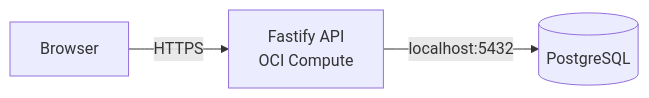
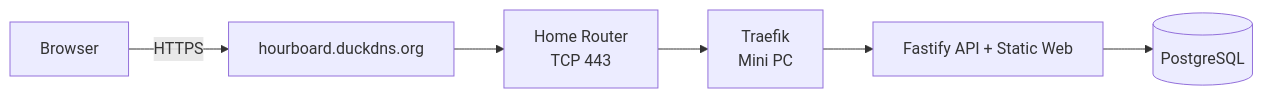
The third of 3 diagrams in README.md (seoheejung/hourboard), drawn with Mermaid before and after one commit. The commit also changed other lines of this file and 13 other files, not shown here.

````diff
--- a/README.md
+++ b/README.md
@@ -220,5 +223,8 @@
 ```mermaid
 flowchart LR
-    Browser -->|HTTPS| Fastify[Fastify API\nOCI Compute]
-    Fastify -->|localhost:5432| PostgreSQL[(PostgreSQL)]
+    Browser -->|HTTPS| DuckDNS[hourboard.duckdns.org]
+    DuckDNS --> Router[Home Router\nTCP 443]
+    Router --> Traefik[Traefik\nMini PC]
+    Traefik --> Fastify[Fastify API + Static Web]
+    Fastify --> PostgreSQL[(PostgreSQL)]
 ```
````
